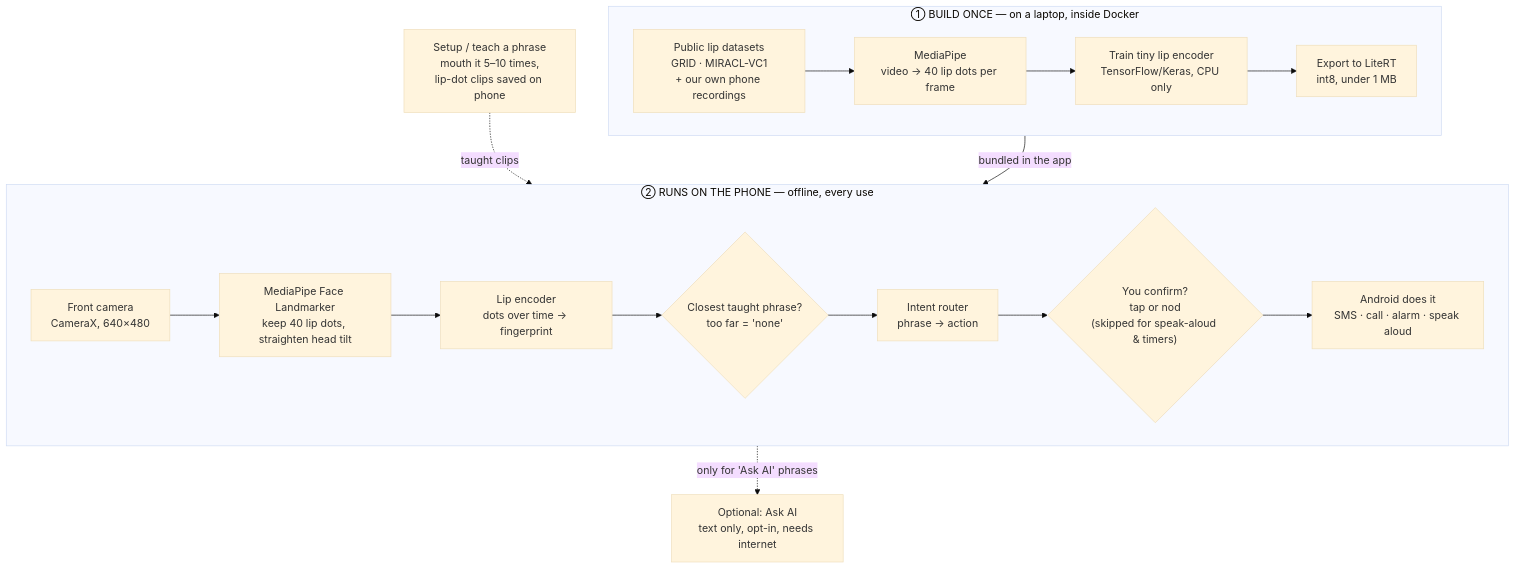
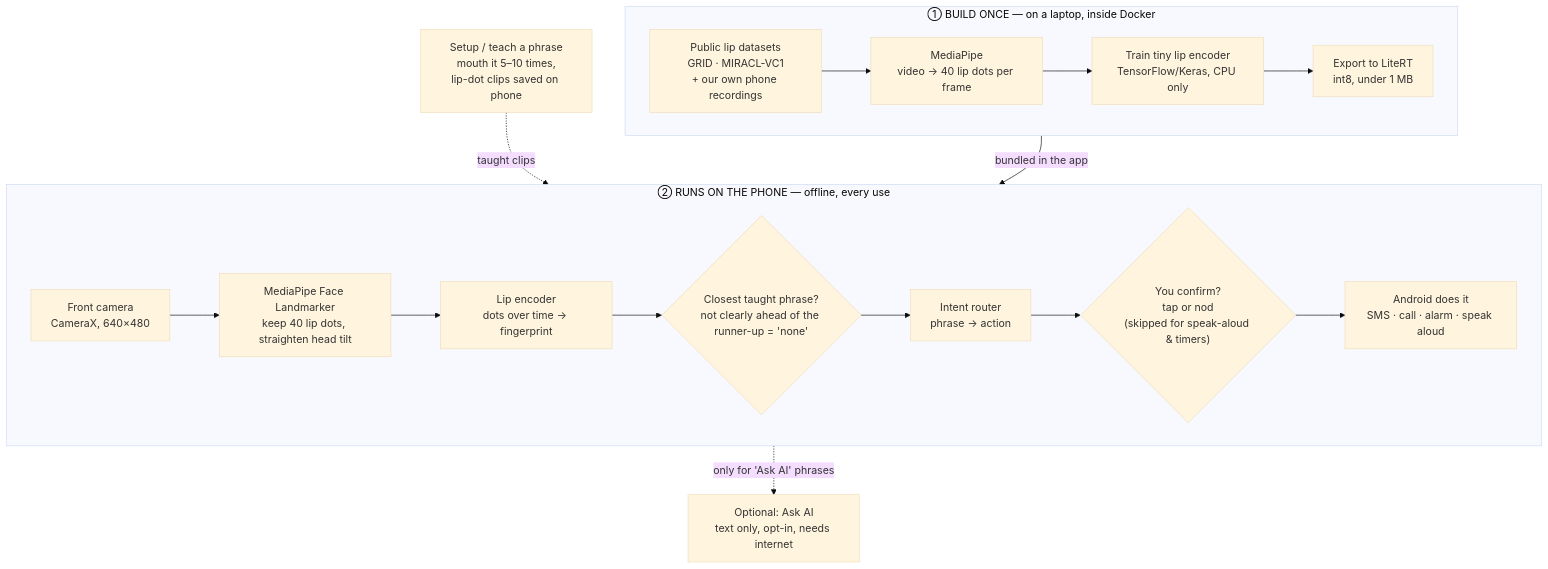
The diagram in ARCHITECTURE.md (RM1338/Hush), drawn with Mermaid (base theme) before and after one commit. The commit also changed other lines of this file and 5 other files, not shown here.

````diff
--- a/ARCHITECTURE.md
+++ b/ARCHITECTURE.md
@@ -17,30 +17,30 @@
 ```mermaid
 flowchart TB
     subgraph LAPTOP["① BUILD ONCE — on a laptop, inside Docker"]
         direction LR
         D["Public lip datasets<br/>GRID · MIRACL-VC1<br/>+ our own phone recordings"]
         X["MediaPipe<br/>video → 40 lip dots per frame"]
         T["Train tiny lip encoder<br/>TensorFlow/Keras, CPU only"]
         E["Export to LiteRT<br/>int8, under 1 MB"]
         D --> X --> T --> E
     end
 
     subgraph PHONE["② RUNS ON THE PHONE — offline, every use"]
         direction LR
         C["Front camera<br/>CameraX, 640×480"]
         F["MediaPipe Face Landmarker<br/>keep 40 lip dots, straighten head tilt"]
         M["Lip encoder<br/>dots over time → fingerprint"]
-        N{"Closest taught phrase?<br/>too far = 'none'"}
+        N{"Closest taught phrase?<br/>not clearly ahead of the runner-up = 'none'"}
         R["Intent router<br/>phrase → action"]
         K{"You confirm?<br/>tap or nod<br/>(skipped for speak-aloud & timers)"}
         A["Android does it<br/>SMS · call · alarm · speak aloud"]
         C --> F --> M --> N --> R --> K --> A
     end
 
     S["Setup / teach a phrase<br/>mouth it 5–10 times,<br/>lip-dot clips saved on phone"]
     AI["Optional: Ask AI<br/>text only, opt-in, needs internet"]
 
     E -- "bundled in the app" --> M
     S -. "taught clips" .-> N
     R -. "only for 'Ask AI' phrases" .-> AI
 ```
````
